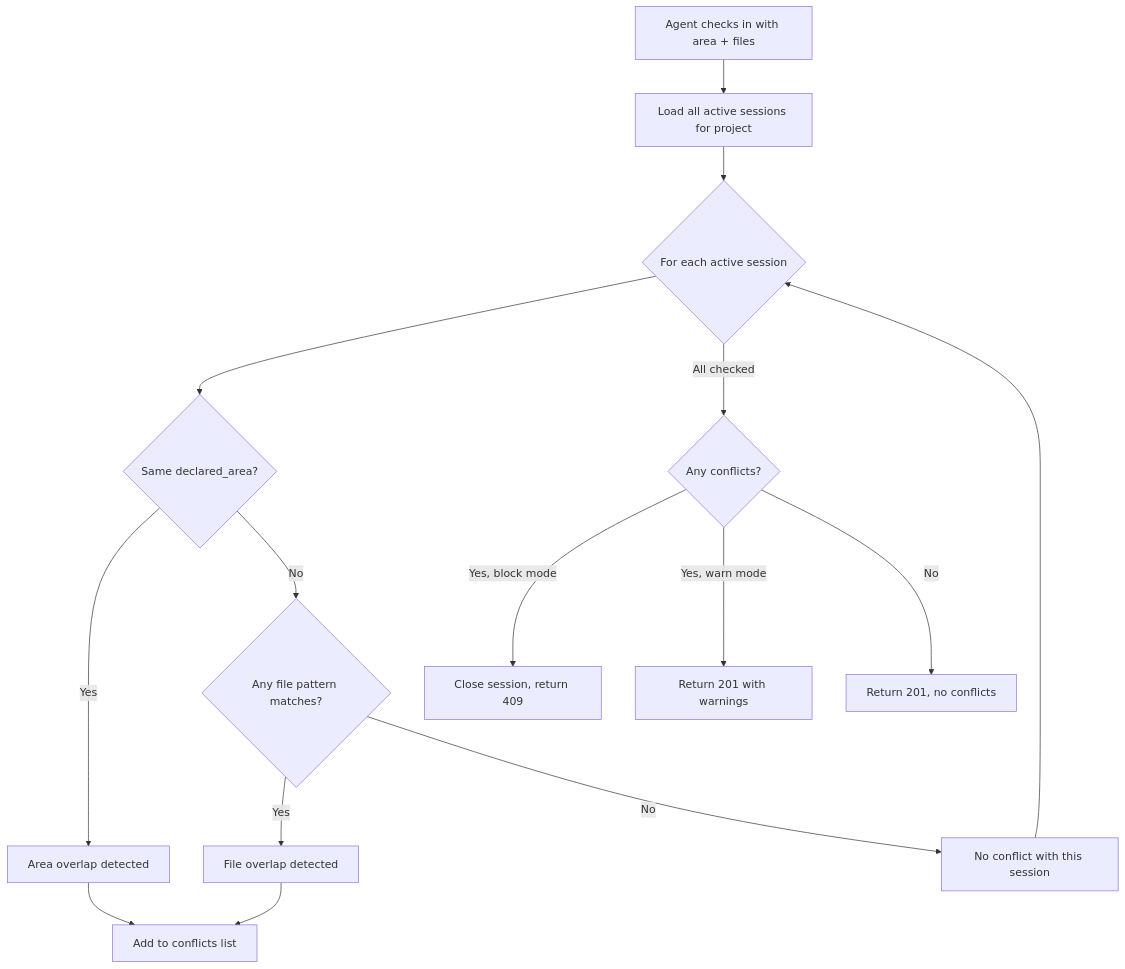
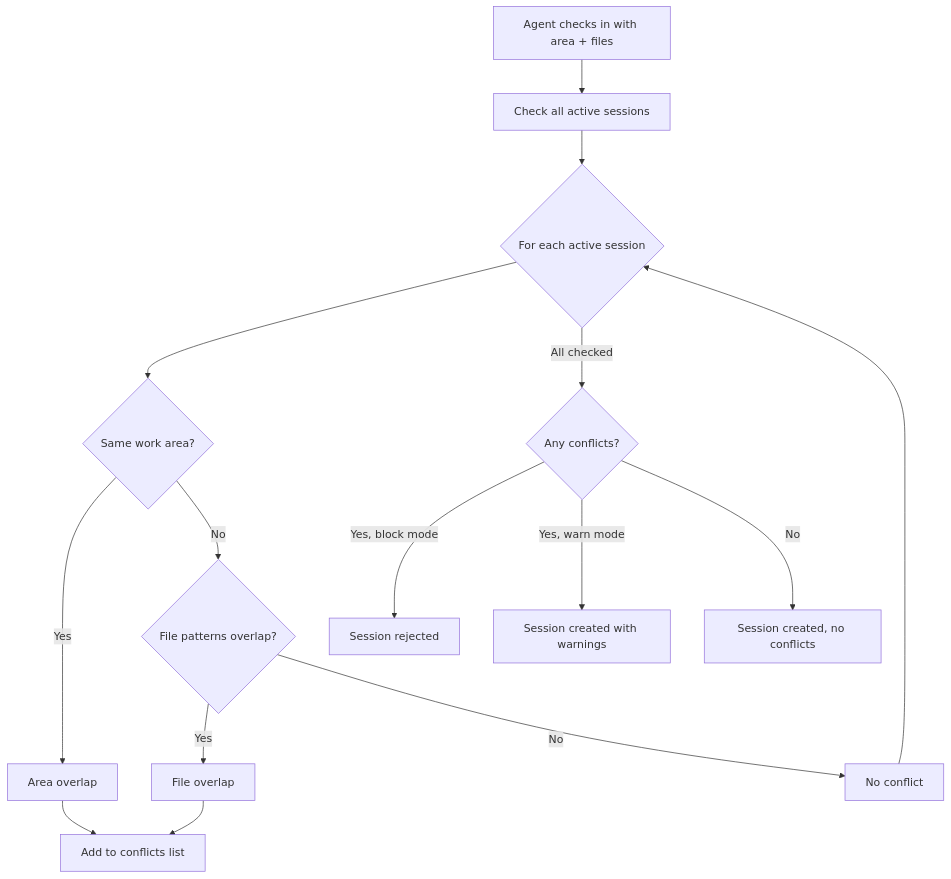
One commit to golem15com/gxv-docs changed the second of 2 diagrams in docs/concepts/coordination.md. Above: the diagram before and after it, drawn with Mermaid. The commit also changed other lines of this file and 31 other files, not shown here.

````diff
--- a/docs/concepts/coordination.md
+++ b/docs/concepts/coordination.md
@@ -139,17 +107,17 @@
 ```mermaid
 flowchart TD
-    A[Agent checks in with area + files] --> B[Load all active sessions for project]
+    A[Agent checks in with area + files] --> B[Check all active sessions]
     B --> C{For each active session}
-    C --> D{Same declared_area?}
-    D -->|Yes| E[Area overlap detected]
-    D -->|No| F{Any file pattern matches?}
-    F -->|Yes| G[File overlap detected]
-    F -->|No| H[No conflict with this session]
+    C --> D{Same work area?}
+    D -->|Yes| E[Area overlap]
+    D -->|No| F{File patterns overlap?}
+    F -->|Yes| G[File overlap]
+    F -->|No| H[No conflict]
     E --> I[Add to conflicts list]
     G --> I
     H --> C
     C -->|All checked| J{Any conflicts?}
-    J -->|Yes, block mode| K[Close session, return 409]
-    J -->|Yes, warn mode| L[Return 201 with warnings]
-    J -->|No| M[Return 201, no conflicts]
+    J -->|Yes, block mode| K[Session rejected]
+    J -->|Yes, warn mode| L[Session created with warnings]
+    J -->|No| M[Session created, no conflicts]
 ```
````
